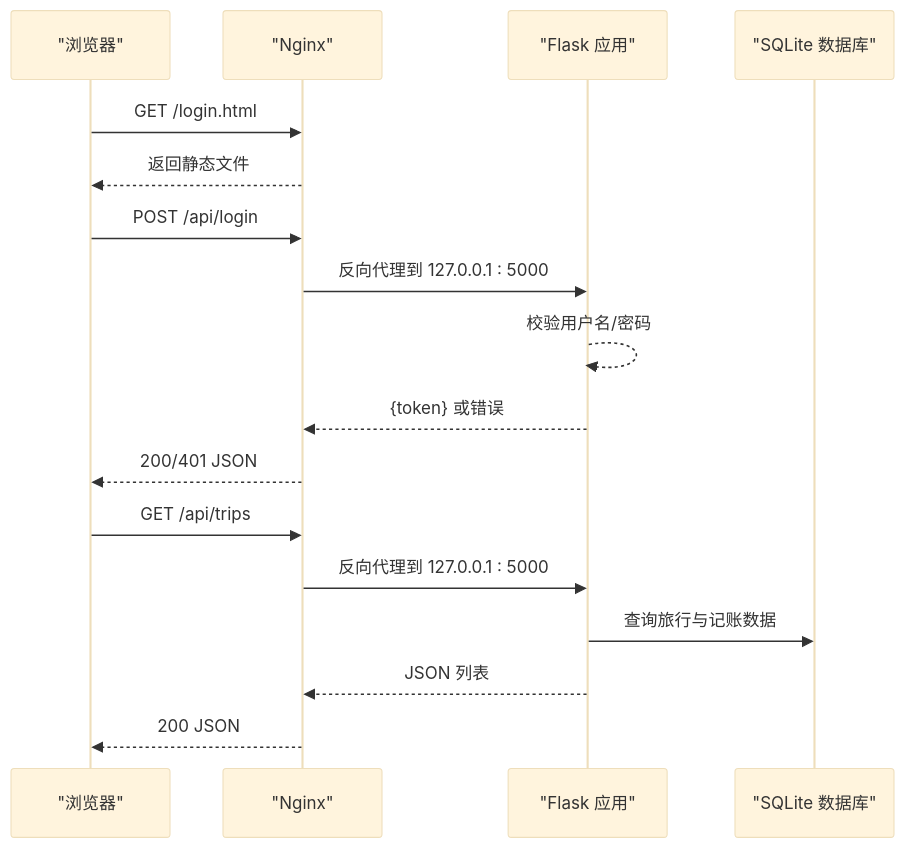
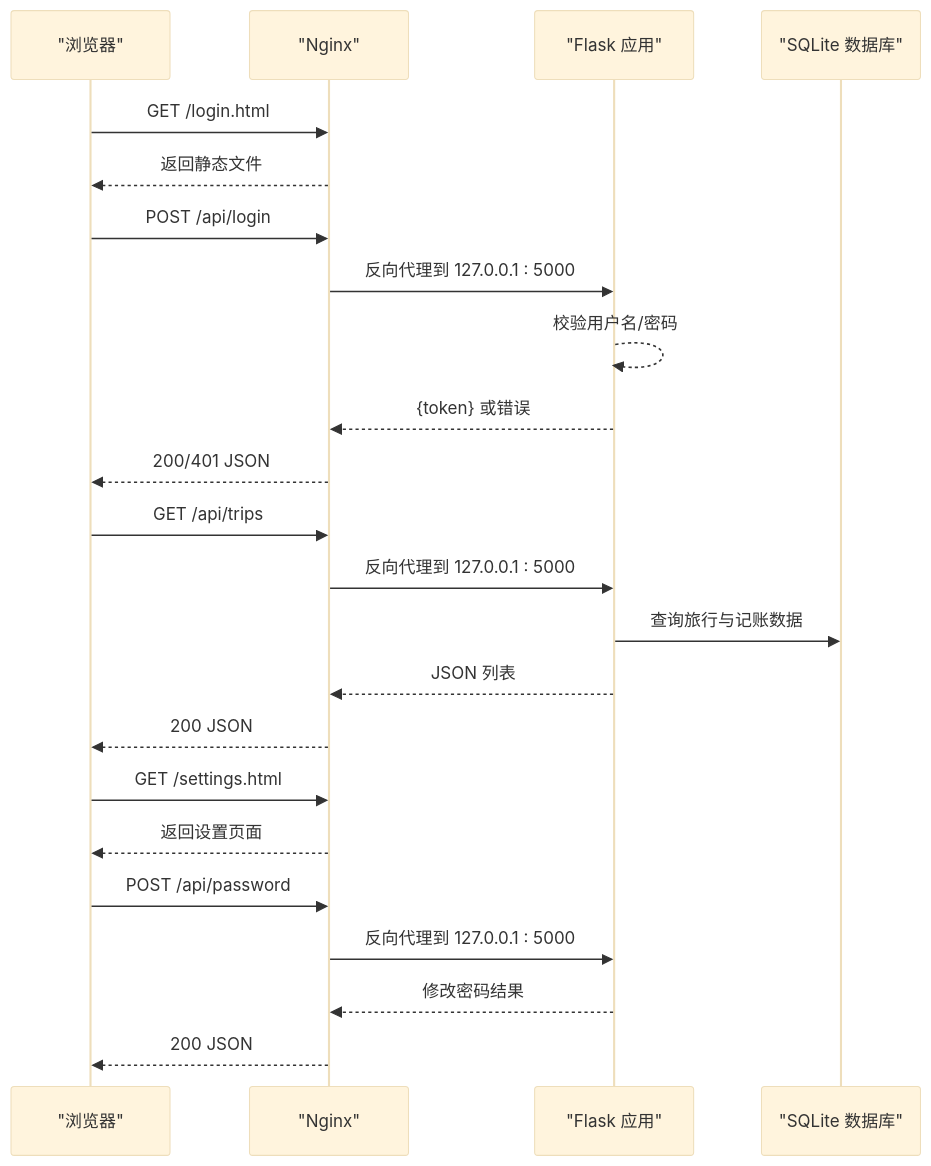
The second of 3 diagrams in .qoder/repowiki/zh/content/部署指南.md (louyinmin/recorded), drawn with Mermaid (base theme) before and after one commit. The commit also changed other lines of this file and 5 other files, not shown here.

````diff
--- a/.qoder/repowiki/zh/content/部署指南.md
+++ b/.qoder/repowiki/zh/content/部署指南.md
@@ -87,19 +101,25 @@
 ```mermaid
 sequenceDiagram
 participant C as "浏览器"
 participant N as "Nginx"
 participant F as "Flask 应用"
 participant D as "SQLite 数据库"
 C->>N : GET /login.html
 N-->>C : 返回静态文件
 C->>N : POST /api/login
 N->>F : 反向代理到 127.0.0.1 : 5000
 F-->>F : 校验用户名/密码
 F-->>N : {token} 或错误
 N-->>C : 200/401 JSON
 C->>N : GET /api/trips
 N->>F : 反向代理到 127.0.0.1 : 5000
 F->>D : 查询旅行与记账数据
 F-->>N : JSON 列表
 N-->>C : 200 JSON
+C->>N : GET /settings.html
+N-->>C : 返回设置页面
+C->>N : POST /api/password
+N->>F : 反向代理到 127.0.0.1 : 5000
+F-->>N : 修改密码结果
+N-->>C : 200 JSON
 ```
````
